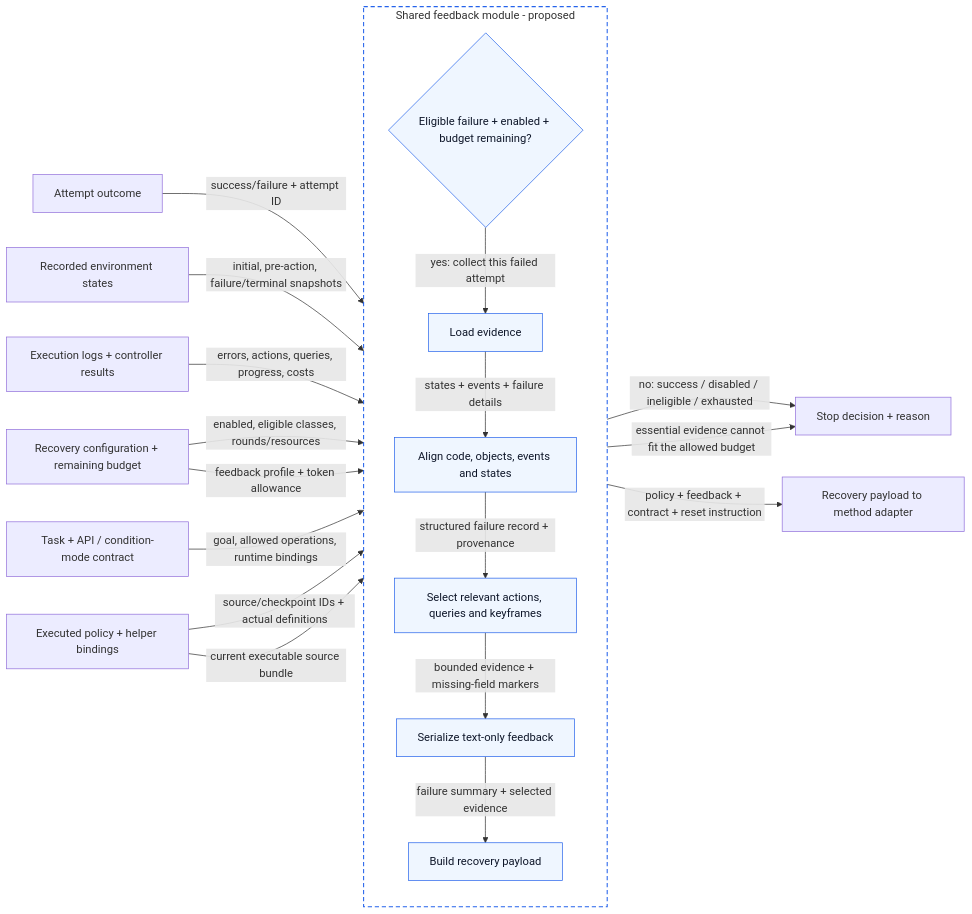
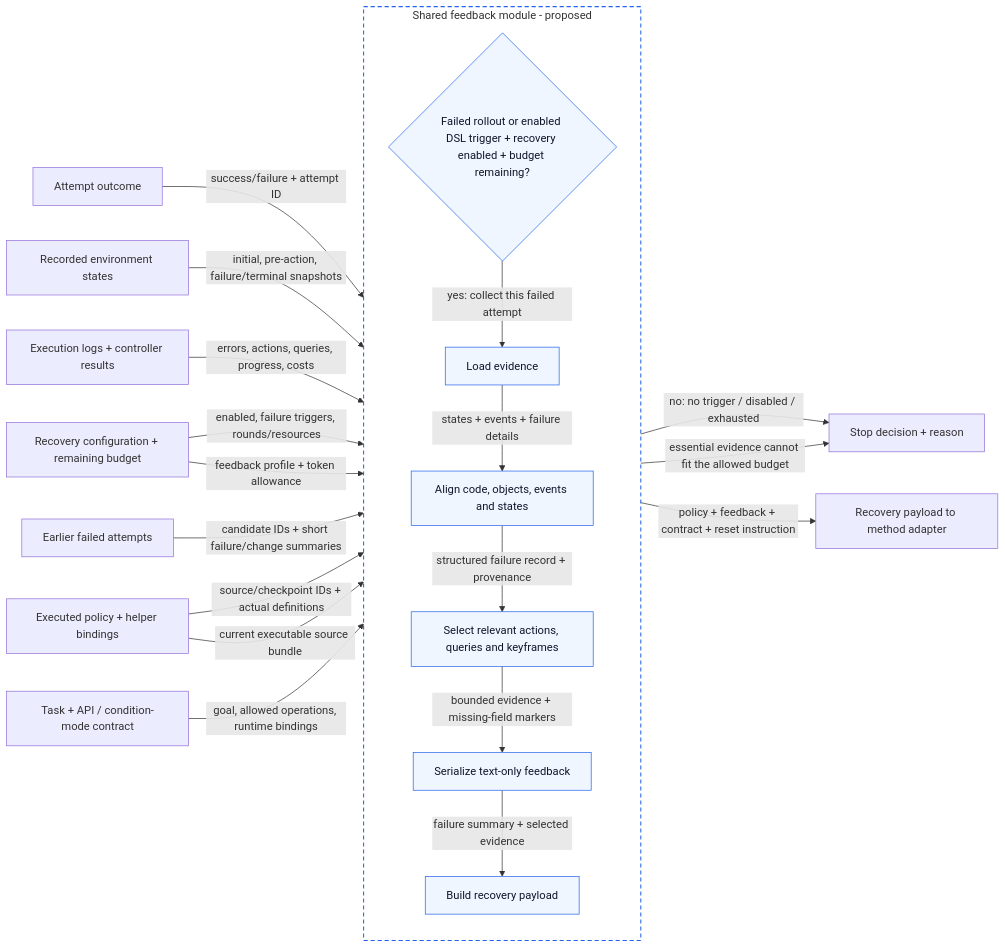
The first of 4 diagrams in roboverify/synthesis/cap/docs/revision_4_failure_recover.md (RU-Automated-Reasoning-Group/RoboVerify), drawn with Mermaid before and after one commit. The commit also changed other lines of this file, not shown here.

Commit message:
docs(cap): settle recovery triggers rounds history and logging budgets

````diff
--- a/roboverify/synthesis/cap/docs/revision_4_failure_recover.md
+++ b/roboverify/synthesis/cap/docs/revision_4_failure_recover.md
@@ -96,26 +117,27 @@
 ```mermaid
 flowchart LR
     RESULT["Attempt outcome"] -->|"success/failure + attempt ID"| GATE
-    CFG["Recovery configuration + remaining budget"] -->|"enabled, eligible classes, rounds/resources"| GATE
+    CFG["Recovery configuration + remaining budget"] -->|"enabled, failure triggers, rounds/resources"| GATE
     ENV["Recorded environment states"] -->|"initial, pre-action, failure/terminal snapshots"| COLLECT
     LOG["Execution logs + controller results"] -->|"errors, actions, queries, progress, costs"| COLLECT
     CODE["Executed policy + helper bindings"] -->|"source/checkpoint IDs + actual definitions"| ALIGN
+    HISTORY["Earlier failed attempts"] -->|"candidate IDs + short failure/change summaries"| SELECT
     TASK["Task + API / condition-mode contract"] -->|"goal, allowed operations, runtime bindings"| PACK
     subgraph SHARED["Shared feedback module - proposed"]
         direction TB
-        GATE{"Eligible failure + enabled + budget remaining?"}
+        GATE{"Failed rollout or enabled DSL trigger + recovery enabled + budget remaining?"}
         GATE -->|"yes: collect this failed attempt"| COLLECT["Load evidence"]
         COLLECT -->|"states + events + failure details"| ALIGN["Align code, objects, events and states"]
         ALIGN -->|"structured failure record + provenance"| SELECT["Select relevant actions, queries and keyframes"]
         SELECT -->|"bounded evidence + missing-field markers"| SERIALIZE["Serialize text-only feedback"]
         SERIALIZE -->|"failure summary + selected evidence"| PACK["Build recovery payload"]
     end
     CFG -->|"feedback profile + token allowance"| SELECT
     CODE -->|"current executable source bundle"| PACK
-    GATE -->|"no: success / disabled / ineligible / exhausted"| STOP["Stop decision + reason"]
+    GATE -->|"no: no trigger / disabled / exhausted"| STOP["Stop decision + reason"]
     SERIALIZE -->|"essential evidence cannot fit the allowed budget"| STOP
     PACK -->|"policy + feedback + contract + reset instruction"| OUTPUT["Recovery payload to method adapter"]
     style SHARED fill:none,stroke:#2563eb,stroke-width:1.5px,stroke-dasharray:6 4
     classDef feedback fill:#eff6ff,stroke:#2563eb,color:#0f172a
     class GATE,COLLECT,ALIGN,SELECT,SERIALIZE,PACK feedback
 ```
````
